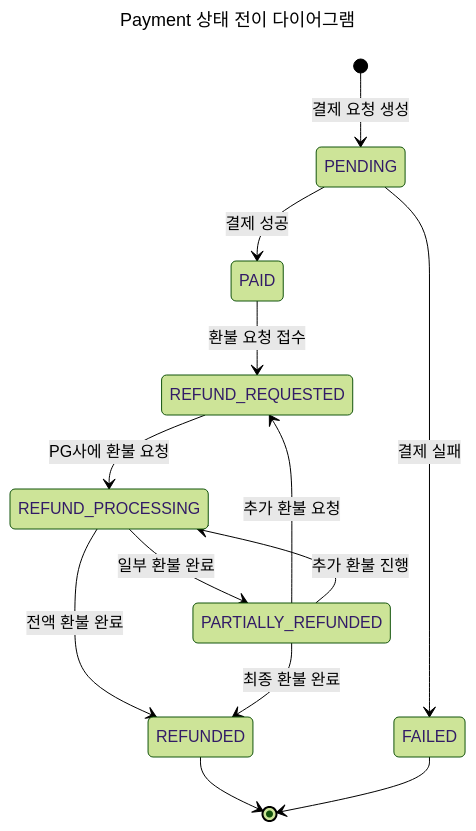
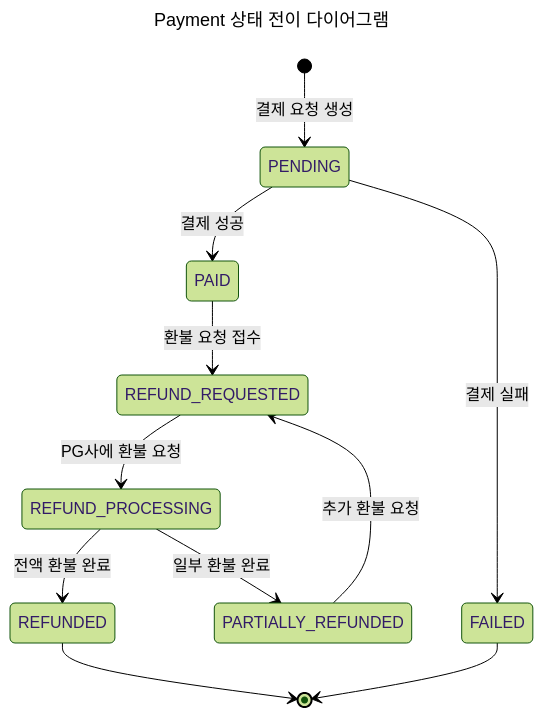
The fourth of 4 diagrams in docs/04_State_diagram.md (jinsy731/hhplus-ecommerce), drawn with Mermaid (forest theme) before and after one commit. The commit also changed other lines of this file and 2 other files, not shown here.

````diff
--- a/docs/04_State_diagram.md
+++ b/docs/04_State_diagram.md
@@ -181,23 +181,21 @@
 ```mermaid
 ---
 title: Payment 상태 전이 다이어그램
 ---
 
 stateDiagram-v2
   [*] --> PENDING : 결제 요청 생성
   PENDING --> PAID : 결제 성공
   PENDING --> FAILED : 결제 실패
 
   PAID --> REFUND_REQUESTED : 환불 요청 접수
   REFUND_REQUESTED --> REFUND_PROCESSING : PG사에 환불 요청
   REFUND_PROCESSING --> PARTIALLY_REFUNDED : 일부 환불 완료
   REFUND_PROCESSING --> REFUNDED : 전액 환불 완료
 
   PARTIALLY_REFUNDED --> REFUND_REQUESTED : 추가 환불 요청
-  PARTIALLY_REFUNDED --> REFUND_PROCESSING : 추가 환불 진행
-  PARTIALLY_REFUNDED --> REFUNDED : 최종 환불 완료
 
   REFUNDED --> [*]
   FAILED --> [*]
 
 ```
````
